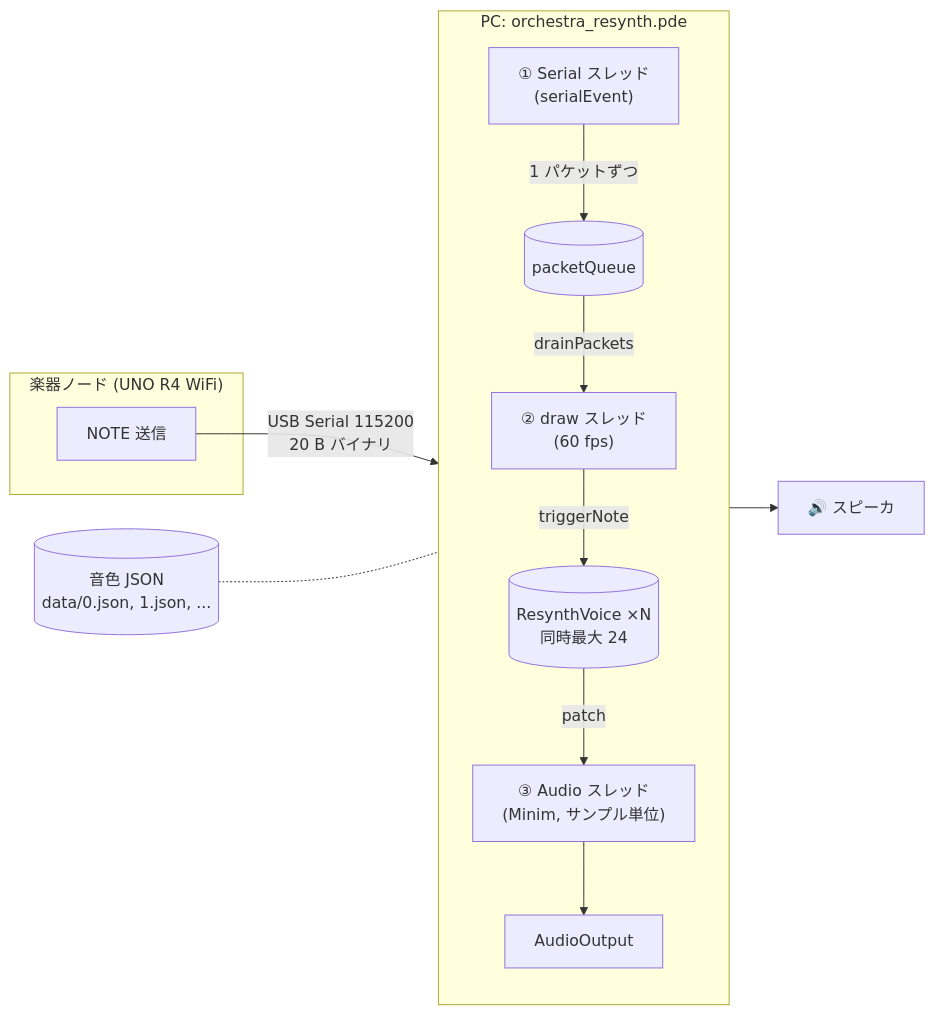
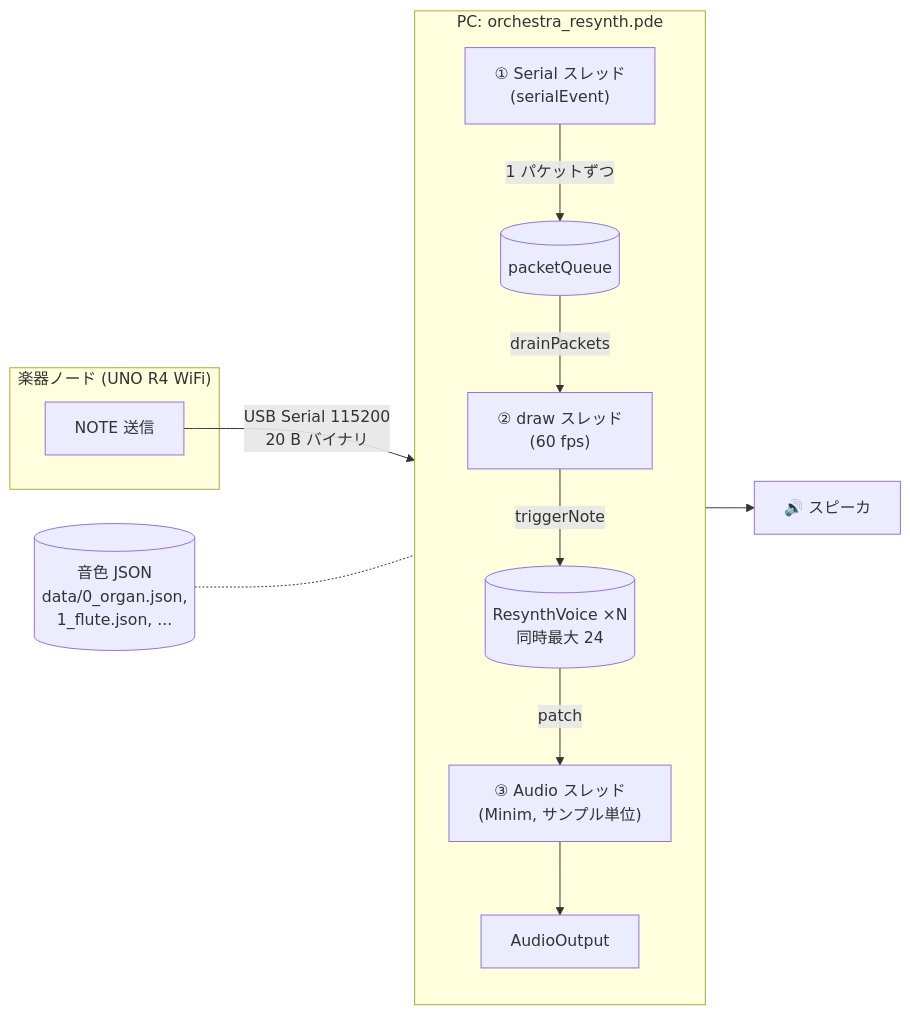
The first of 6 diagrams in docs/src/content/docs/essentials/processing.md (takushio2525/2026-hackathon-team23), drawn with Mermaid before and after one commit. The commit also changed other lines of this file and 14 other files, not shown here.

````diff
--- a/docs/src/content/docs/essentials/processing.md
+++ b/docs/src/content/docs/essentials/processing.md
@@ -41,27 +41,27 @@
 ```mermaid
 flowchart LR
     subgraph FW["楽器ノード (UNO R4 WiFi)"]
         FwOut[NOTE 送信]
     end
 
     subgraph PC["PC: orchestra_resynth.pde"]
         direction TB
         Serial["① Serial スレッド<br/>(serialEvent)"]
         Queue[(packetQueue)]
         Draw["② draw スレッド<br/>(60 fps)"]
         Voices[(ResynthVoice ×N<br/>同時最大 24)]
         Audio["③ Audio スレッド<br/>(Minim, サンプル単位)"]
         Out[AudioOutput]
     end
 
     SP[🔊 スピーカ]
-    JSON[(音色 JSON<br/>data/0.json, 1.json, ...)]
+    JSON[(音色 JSON<br/>data/0_organ.json,<br/>1_flute.json, ...)]
 
     FwOut -- USB Serial 115200<br/>20 B バイナリ --> Serial
     Serial -- 1 パケットずつ --> Queue
     Queue -- drainPackets --> Draw
     Draw -- triggerNote --> Voices
     Voices -- patch --> Audio
     Audio --> Out --> SP
     JSON -.- Voices
 ```
````
